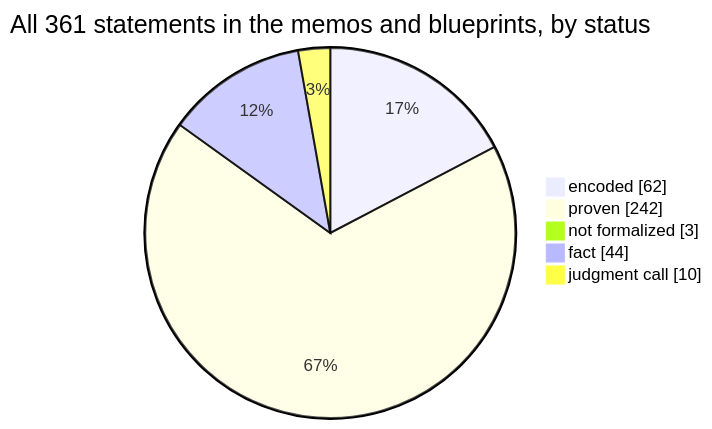
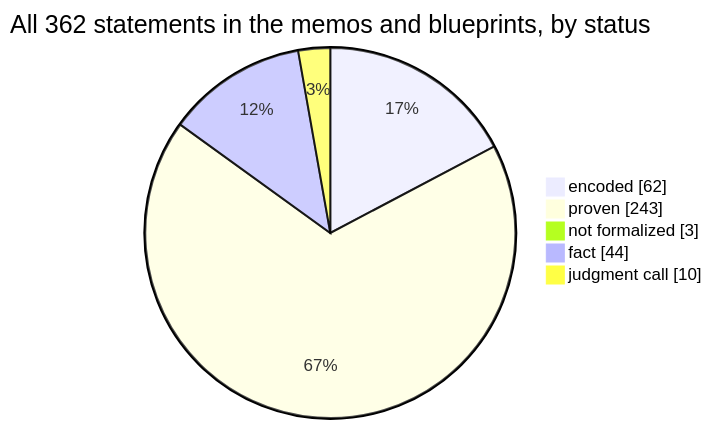
One commit to SeanWMurray/Canteen changed the first of 4 diagrams in docs/graphs/dashboard.md. Above: the diagram before and after it, drawn with Mermaid. The commit also changed other lines of this file and 14 other files, not shown here.

````diff
--- a/docs/graphs/dashboard.md
+++ b/docs/graphs/dashboard.md
@@ -11,8 +11,8 @@
 ```mermaid
-pie showData title All 361 statements in the memos and blueprints, by status
+pie showData title All 362 statements in the memos and blueprints, by status
     "encoded" : 62
-    "proven" : 242
+    "proven" : 243
     "not formalized" : 3
     "fact" : 44
     "judgment call" : 10
 ```
````
